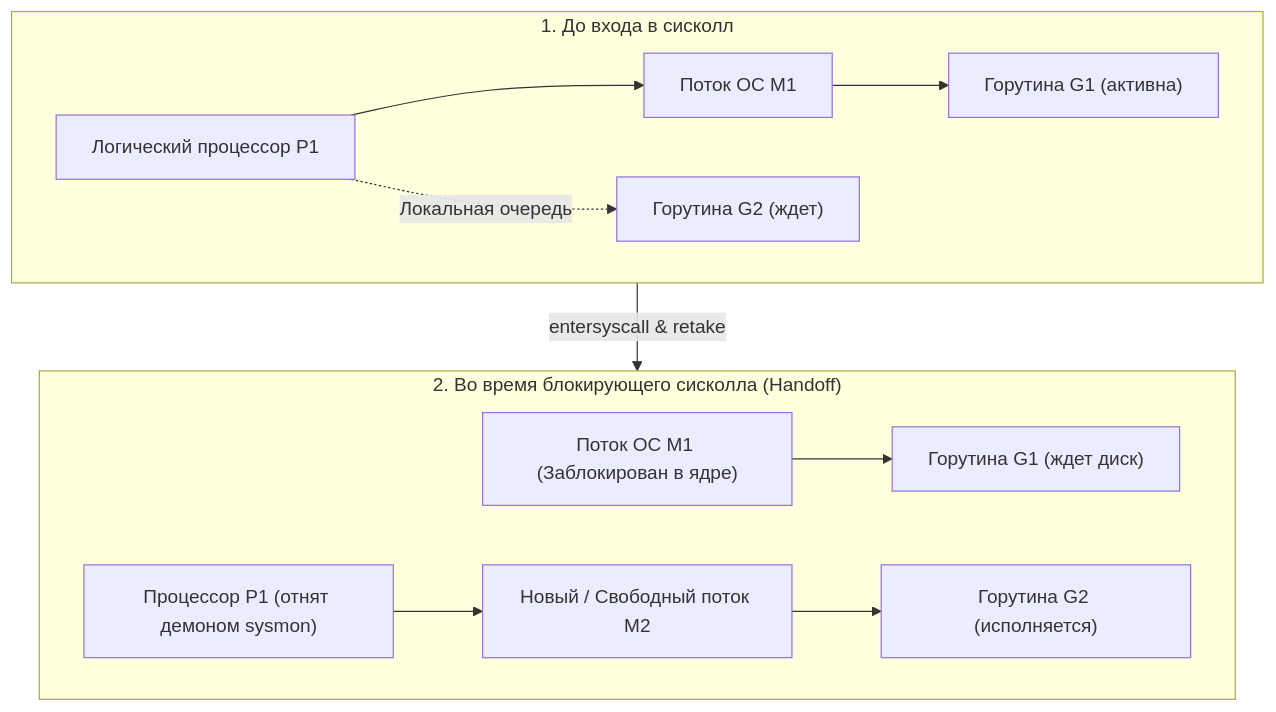
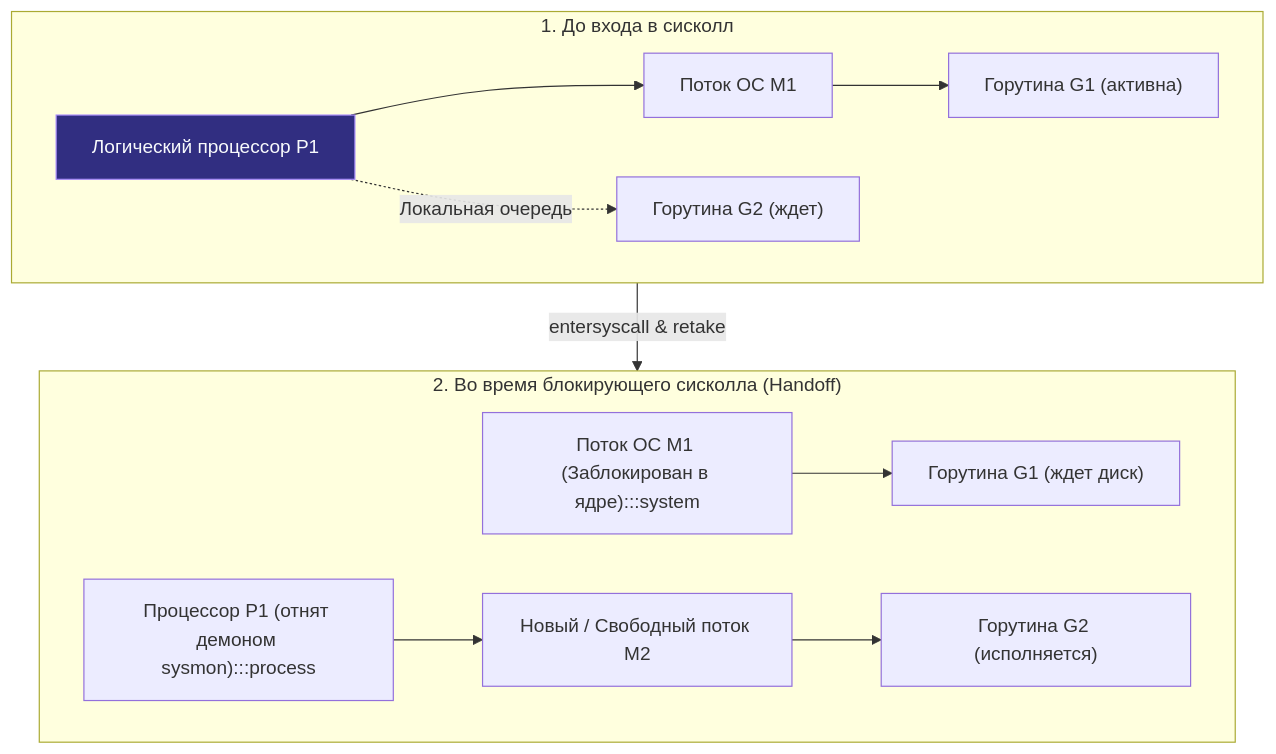
Before and after one commit to UnrealTemplier/go-textbook: the diagram in sources/1. Архитектура компьютера/34. Аппаратные прерывания и Системные вызовы.md, drawn with Mermaid. The commit also changed 1666 other files, not shown here.

First line of the commit message:
feat(mermaid): add semantic color classDef to 1369 colorless flowchart/graph diagrams

````diff
--- a/sources/1. Архитектура компьютера/34. Аппаратные прерывания и Системные вызовы.md
+++ b/sources/1. Архитектура компьютера/34. Аппаратные прерывания и Системные вызовы.md
@@ -103,16 +103,26 @@
 ```mermaid
 flowchart TD
+    classDef process  fill:#1e293b,stroke:#38bdf8,stroke-width:1px,color:#f8fafc
+    classDef success  fill:#064e3b,stroke:#34d399,stroke-width:1px,color:#f8fafc
+    classDef error    fill:#7f1d1d,stroke:#f87171,stroke-width:1px,color:#f8fafc
+    classDef warning  fill:#78350f,stroke:#fbbf24,stroke-width:1px,color:#f8fafc
+    classDef entry    fill:#1e3a5f,stroke:#38bdf8,stroke-width:2px,color:#f8fafc
+    classDef aux      fill:#334155,stroke:#64748b,stroke-width:1px,color:#f8fafc
+    classDef system   fill:#312e81,stroke:#a78bfa,stroke-width:1px,color:#f8fafc
+    classDef data     fill:#132d29,stroke:#2dd4bf,stroke-width:1px,color:#f8fafc
+    classDef network  fill:#881337,stroke:#fb7185,stroke-width:1px,color:#f8fafc
+    classDef accent   fill:#1e1b4b,stroke:#818cf8,stroke-width:1px,color:#f8fafc
     subgraph Before ["1. До входа в сисколл"]
-        P1["Логический процессор P1"] --> M1["Поток ОС M1"]
+        P1["Логический процессор P1"]:::system --> M1["Поток ОС M1"]
         M1 --> G1["Горутина G1 (активна)"]
         P1 -.->|Локальная очередь| G2["Горутина G2 (ждет)"]
     end
     
     subgraph During ["2. Во время блокирующего сисколла (Handoff)"]
-        M1_block["Поток ОС M1 (Заблокирован в ядре)"] --> G1_block["Горутина G1 (ждет диск)"]
-        P1_new["Процессор P1 (отнят демоном sysmon)"] --> M2["Новый / Свободный поток M2"]
+        M1_block["Поток ОС M1 (Заблокирован в ядре):::system"] --> G1_block["Горутина G1 (ждет диск)"]
+        P1_new["Процессор P1 (отнят демоном sysmon):::process"] --> M2["Новый / Свободный поток M2"]
         M2 --> G2_run["Горутина G2 (исполняется)"]
     end
     
     Before -->|"entersyscall & retake"| During
 ```
````
